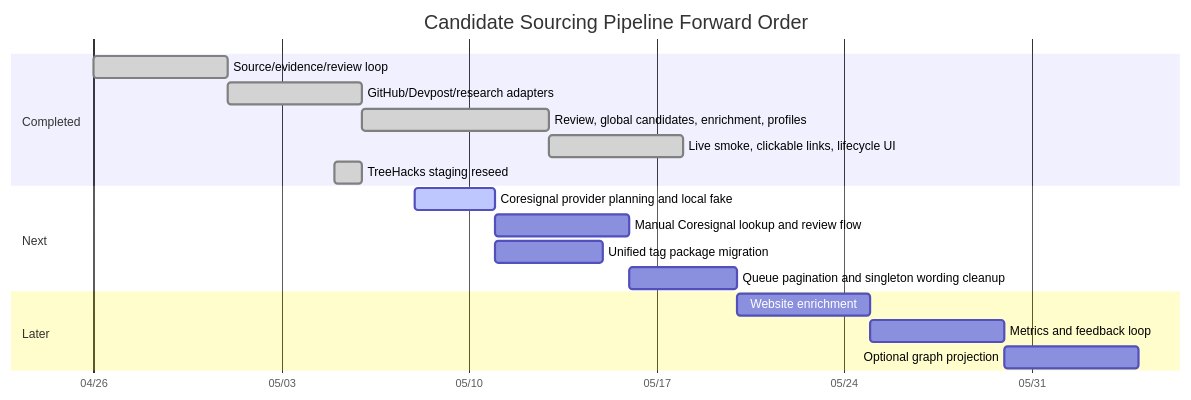
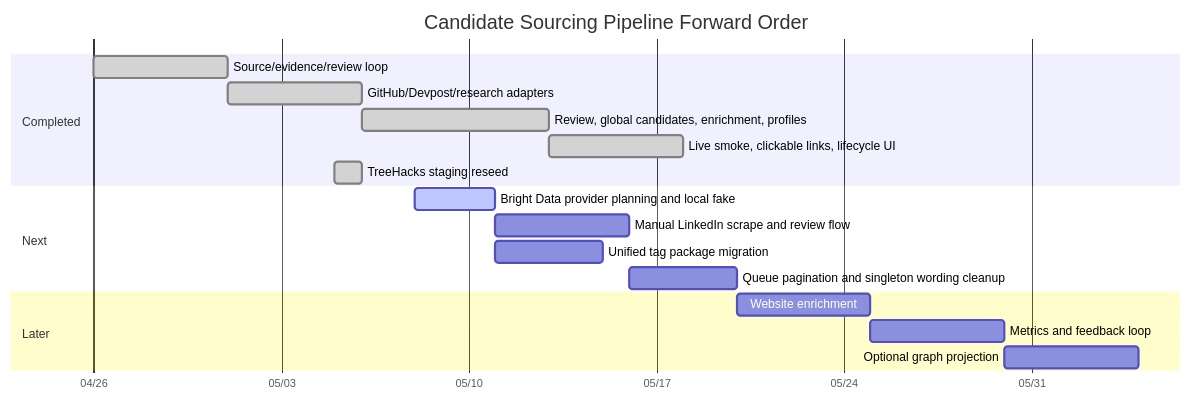
Before and after one commit to WeKruit/wekruit-scraping: the third of 4 diagrams in docs/candidate-sourcing-pipeline/IMPLEMENTATION_PLAN.md, drawn with Mermaid. The commit also changed other lines of this file, not shown here.

Commit message:
docs: pivot vendor plan to Bright Data

````diff
--- a/docs/candidate-sourcing-pipeline/IMPLEMENTATION_PLAN.md
+++ b/docs/candidate-sourcing-pipeline/IMPLEMENTATION_PLAN.md
@@ -1927,21 +2069,21 @@
 ```mermaid
 gantt
   title Candidate Sourcing Pipeline Forward Order
   dateFormat  YYYY-MM-DD
   axisFormat  %m/%d
   section Completed
   Source/evidence/review loop                     :done, c1, 2026-04-26, 5d
   GitHub/Devpost/research adapters                :done, c2, after c1, 5d
   Review, global candidates, enrichment, profiles :done, c3, after c2, 7d
   Live smoke, clickable links, lifecycle UI       :done, c4, after c3, 5d
   TreeHacks staging reseed                        :done, c5, 2026-05-05, 1d
   section Next
-  Coresignal provider planning and local fake     :active, n1, 2026-05-08, 3d
-  Manual Coresignal lookup and review flow        :n2, after n1, 5d
+  Bright Data provider planning and local fake    :active, n1, 2026-05-08, 3d
+  Manual LinkedIn scrape and review flow          :n2, after n1, 5d
   Unified tag package migration                   :n3, after n1, 4d
   Queue pagination and singleton wording cleanup  :n4, after n2, 4d
   section Later
   Website enrichment                              :l1, after n4, 5d
   Metrics and feedback loop                       :l2, after l1, 5d
   Optional graph projection                       :l3, after l2, 5d
 ```
````
